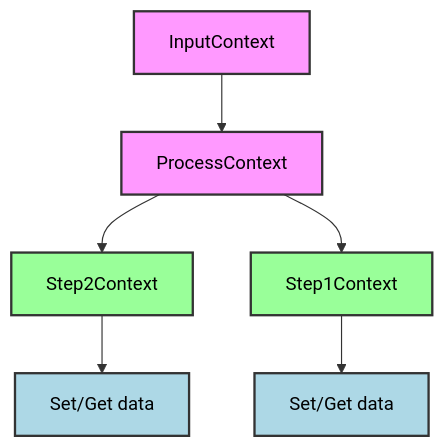
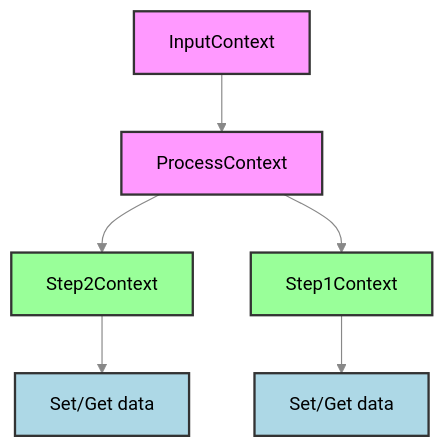
Before and after one commit to Bilibotter/light-flow: the first of 2 diagrams in docs/Context.cn.md, drawn with Mermaid. The commit also changed other lines of this file and 11 other files, not shown here.

````diff
--- a/docs/Context.cn.md
+++ b/docs/Context.cn.md
@@ -26,20 +26,20 @@
 ```mermaid
 %%{init: {'theme': 'neutral', 'themeVariables': { 'primaryColor': '#333', 'lineColor': '#333', 'textColor': 'black' } } }%%
 flowchart TD
    A[InputContext] --> B[ProcessContext]
    B --> C[Step2Context]
    B --> D[Step1Context]
    C --> E[Set/Get data]
    D --> F[Set/Get data]
    
    A:::contextStyle
    B:::contextStyle
    C:::stepStyle
    D:::stepStyle
    E:::methodStyle
    F:::methodStyle
-
+linkStyle default stroke:#888888
    classDef contextStyle fill:#f9f,stroke:#333,stroke-width:2px;
    classDef stepStyle fill:#9f9,stroke:#333,stroke-width:2px;
    classDef methodStyle fill:#ADD8E6,stroke:#333,stroke-width:2px;
 ```
````
